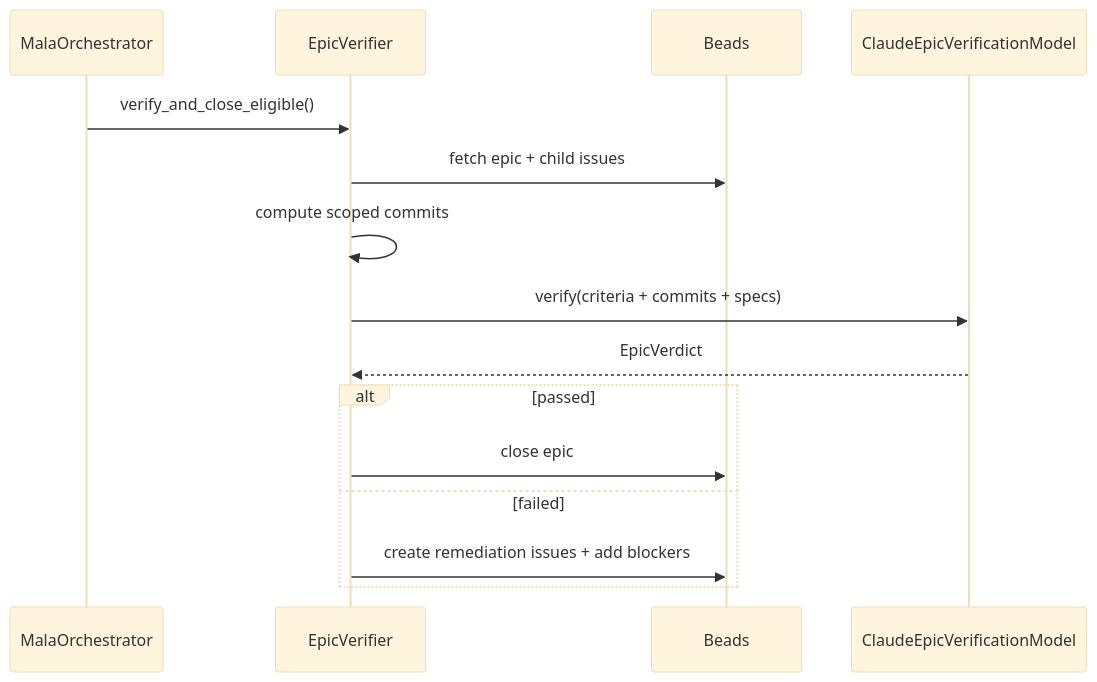
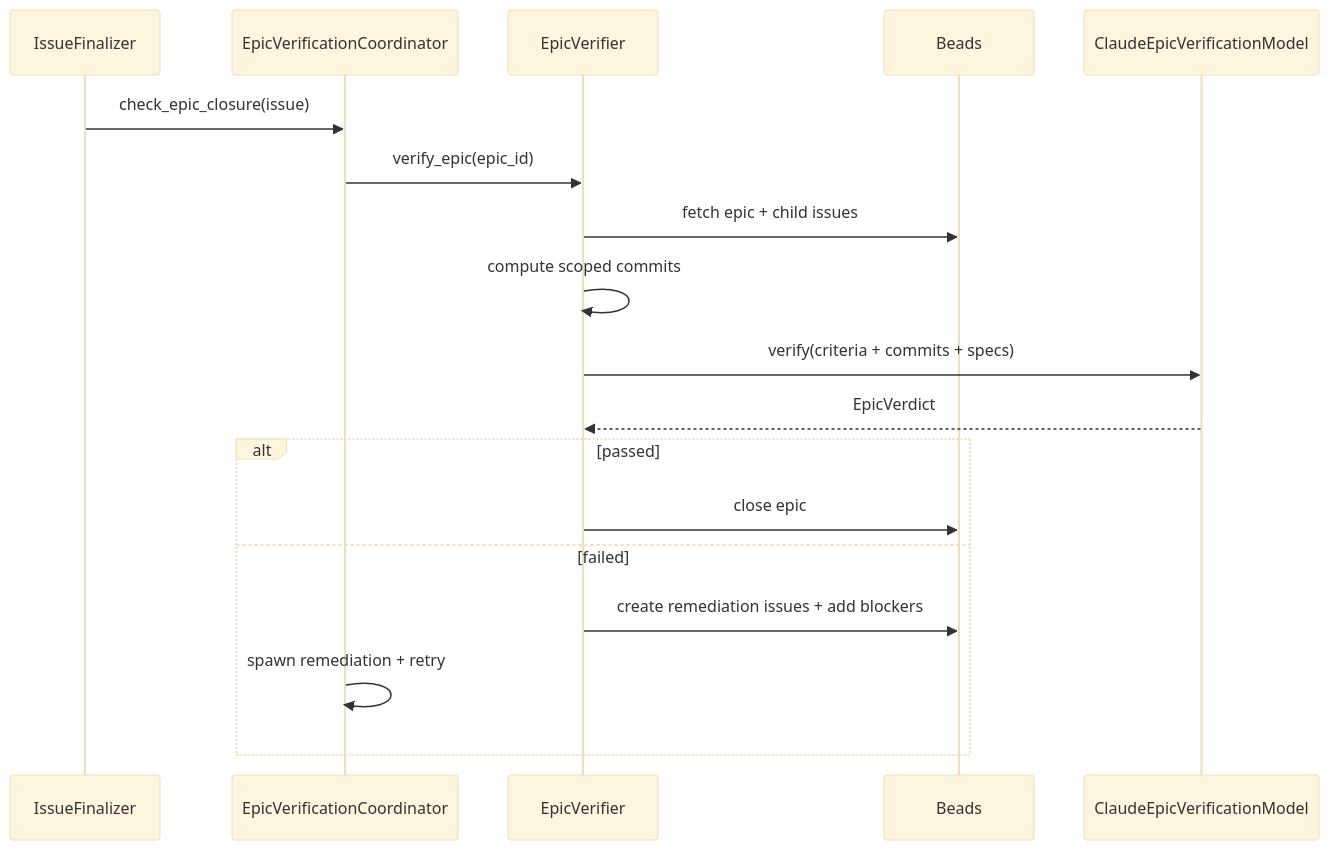
One commit to charlieyou/mala changed the fifth of 5 diagrams in docs/architecture.md. Above: the diagram before and after it, drawn with Mermaid (base theme). The commit also changed other lines of this file and 13 other files, not shown here.

````diff
--- a/docs/architecture.md
+++ b/docs/architecture.md
@@ -180,18 +189,21 @@
 ```mermaid
 sequenceDiagram
-  participant Orch as MalaOrchestrator
+  participant Final as IssueFinalizer
+  participant EpicCoord as EpicVerificationCoordinator
   participant Epic as EpicVerifier
   participant Beads
   participant Model as ClaudeEpicVerificationModel
 
-  Orch->>Epic: verify_and_close_eligible()
+  Final->>EpicCoord: check_epic_closure(issue)
+  EpicCoord->>Epic: verify_epic(epic_id)
   Epic->>Beads: fetch epic + child issues
   Epic->>Epic: compute scoped commits
   Epic->>Model: verify(criteria + commits + specs)
   Model-->>Epic: EpicVerdict
   alt passed
     Epic->>Beads: close epic
   else failed
     Epic->>Beads: create remediation issues + add blockers
+    EpicCoord->>EpicCoord: spawn remediation + retry
   end
 ```
````
